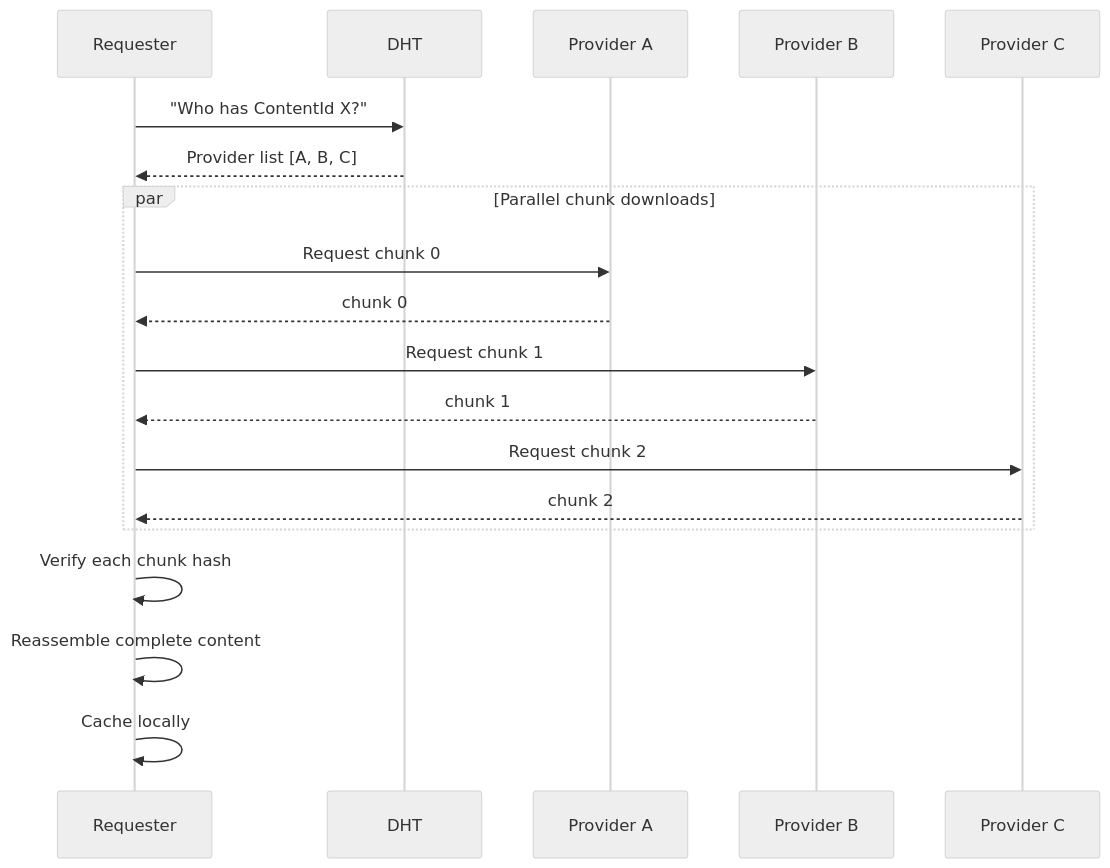
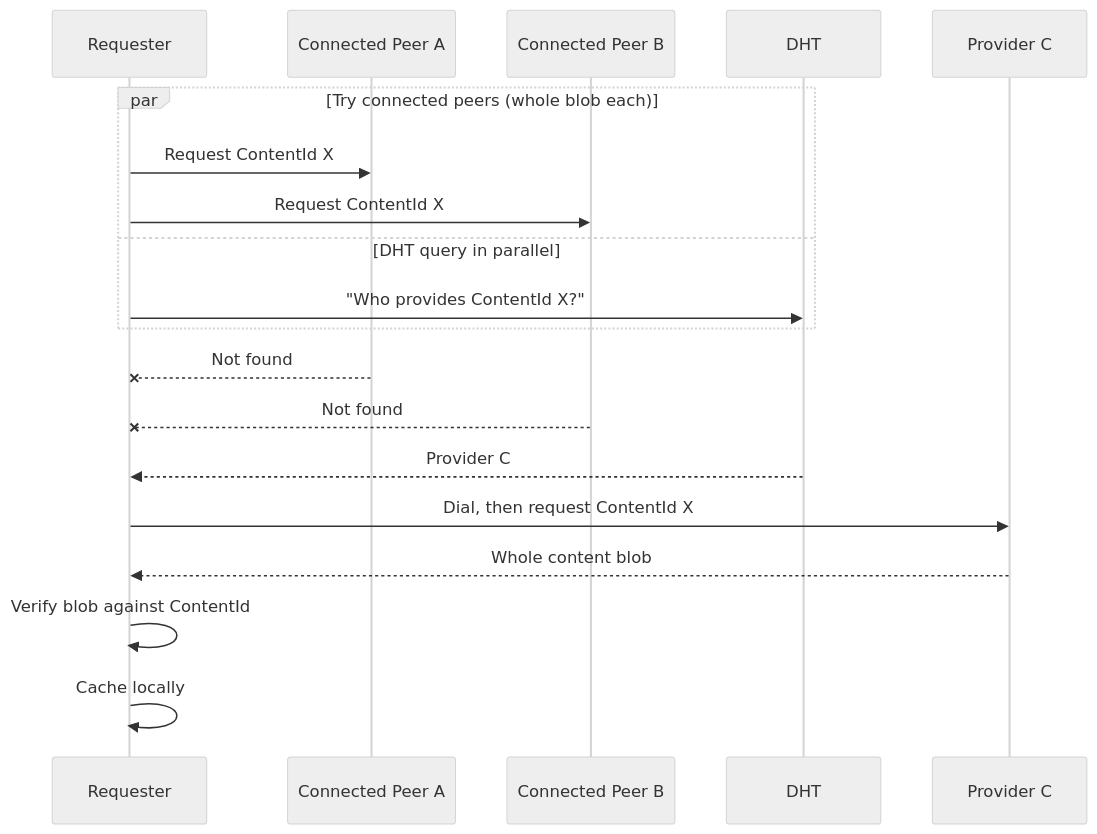
Before and after one commit to alexanderwanyoike/jolt: the third of 5 diagrams in docs/07-content-distribution.md, drawn with Mermaid (neutral theme). The commit also changed other lines of this file and 9 other files, not shown here.

````diff
--- a/docs/07-content-distribution.md
+++ b/docs/07-content-distribution.md
@@ -76,24 +88,24 @@
 ```mermaid
 sequenceDiagram
     participant Node as Requester
+    participant P1 as Connected Peer A
+    participant P2 as Connected Peer B
     participant DHT as DHT
-    participant P1 as Provider A
-    participant P2 as Provider B
     participant P3 as Provider C
 
-    Node->>DHT: "Who has ContentId X?"
-    DHT-->>Node: Provider list [A, B, C]
-
-    par Parallel chunk downloads
-        Node->>P1: Request chunk 0
-        P1-->>Node: chunk 0
-        Node->>P2: Request chunk 1
-        P2-->>Node: chunk 1
-        Node->>P3: Request chunk 2
-        P3-->>Node: chunk 2
+    par Try connected peers (whole blob each)
+        Node->>P1: Request ContentId X
+        Node->>P2: Request ContentId X
+    and DHT query in parallel
+        Node->>DHT: "Who provides ContentId X?"
     end
 
-    Node->>Node: Verify each chunk hash
-    Node->>Node: Reassemble complete content
+    P1--xNode: Not found
+    P2--xNode: Not found
+    DHT-->>Node: Provider C
+    Node->>P3: Dial, then request ContentId X
+    P3-->>Node: Whole content blob
+
+    Node->>Node: Verify blob against ContentId
     Node->>Node: Cache locally
 ```
````
